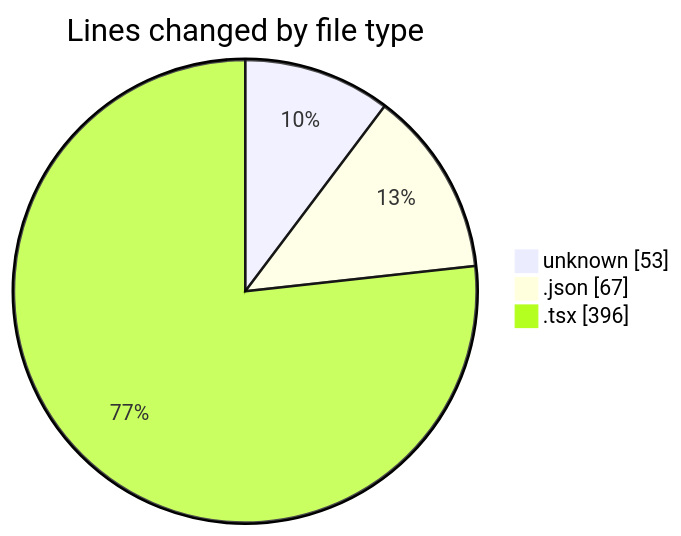
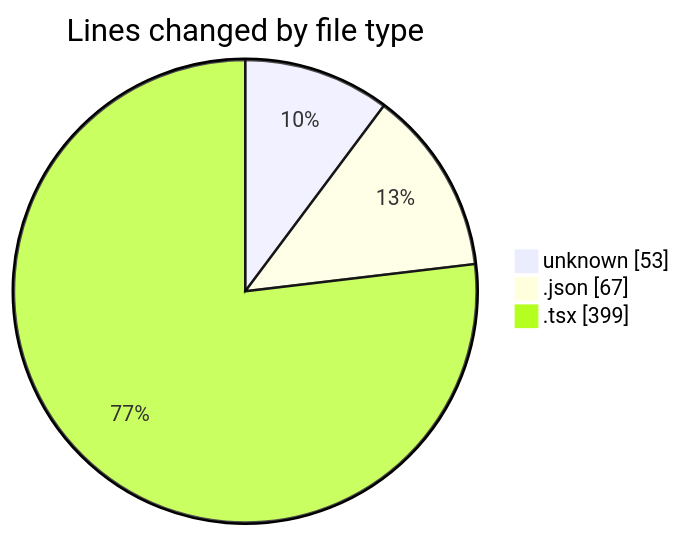
The first of 2 diagrams in 2026-01-19/cda/README.md (momahboobian/code-tracking), drawn with Mermaid before and after one commit. The commit also changed other lines of this file and 1 other file, not shown here.

````diff
--- a/2026-01-19/cda/README.md
+++ b/2026-01-19/cda/README.md
@@ -22,7 +22,7 @@
 ```mermaid
 pie showData
 title Lines changed by file type
 "unknown" : 53
 ".json" : 67
-".tsx" : 396
+".tsx" : 399
 ```
````
